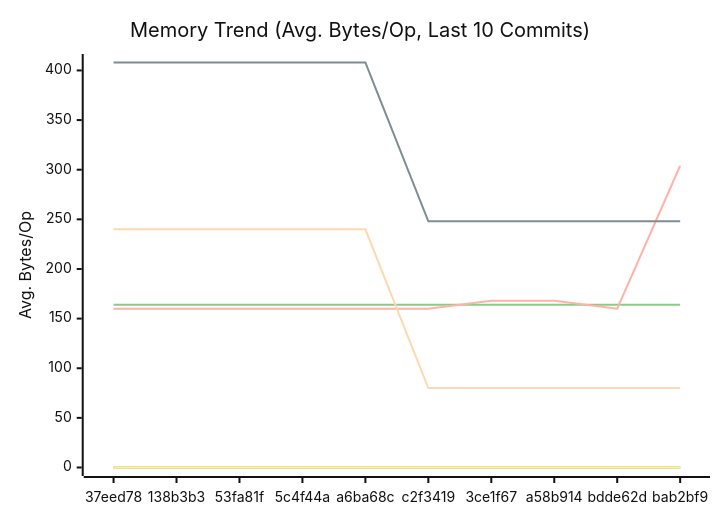
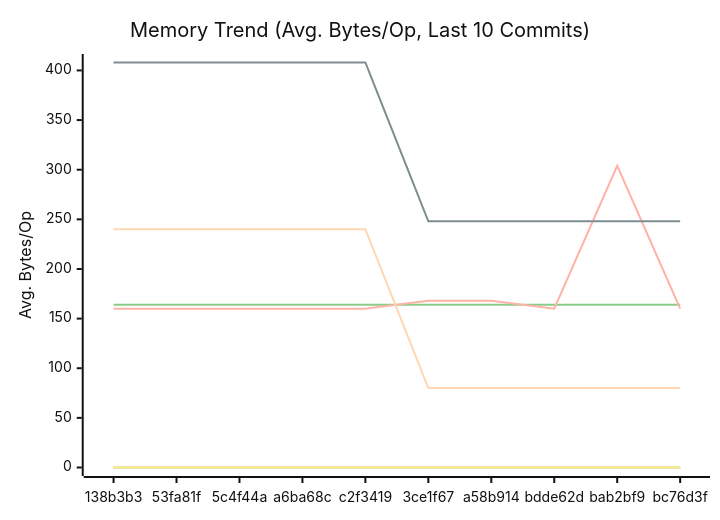
The second of 3 diagrams in docs/PERFORMANCE.md (alsotoes/momo), drawn with Mermaid (neutral theme) before and after one commit. The commit also changed other lines of this file and 2 other files, not shown here.

First line of the commit message:
perf: move client_side_replication_modes parsing to GetConfig

````diff
--- a/docs/PERFORMANCE.md
+++ b/docs/PERFORMANCE.md
@@ -99,16 +99,16 @@
 ```mermaid
 xychart-beta
     title "Memory Trend (Avg. Bytes/Op, Last 10 Commits)"
     x-axis "Commit"
     y-axis "Avg. Bytes/Op"
-    x-axis [37eed78,138b3b3,53fa81f,5c4f44a,a6ba68c,c2f3419,3ce1f67,a58b914,bdde62d,bab2bf9]
+    x-axis [138b3b3,53fa81f,5c4f44a,a6ba68c,c2f3419,3ce1f67,a58b914,bdde62d,bab2bf9,bc76d3f]
     line "CheckMetricsAndSwap" [0,0,0,0,0,0,0,0,0,0]
     line "CrushOptimized" [0,0,0,0,0,0,0,0,0,0]
     line "CrushOriginal" [164,164,164,164,164,164,164,164,164,164]
     line "IndexDirectTracking" [0,0,0,0,0,0,0,0,0,0]
     line "IndexSearch" [0,0,0,0,0,0,0,0,0,0]
-    line "LoadGlobalConfig" [160,160,160,160,160,160,168,168,160,304]
+    line "LoadGlobalConfig" [160,160,160,160,160,168,168,160,304,160]
     line "PadString" [0,0,0,0,0,0,0,0,0,0]
     line "ParseReplicationOrder_NoPrealloc" [408,408,408,408,408,248,248,248,248,248]
     line "ParseReplicationOrder_Prealloc" [240,240,240,240,240,80,80,80,80,80]
 ```
````
